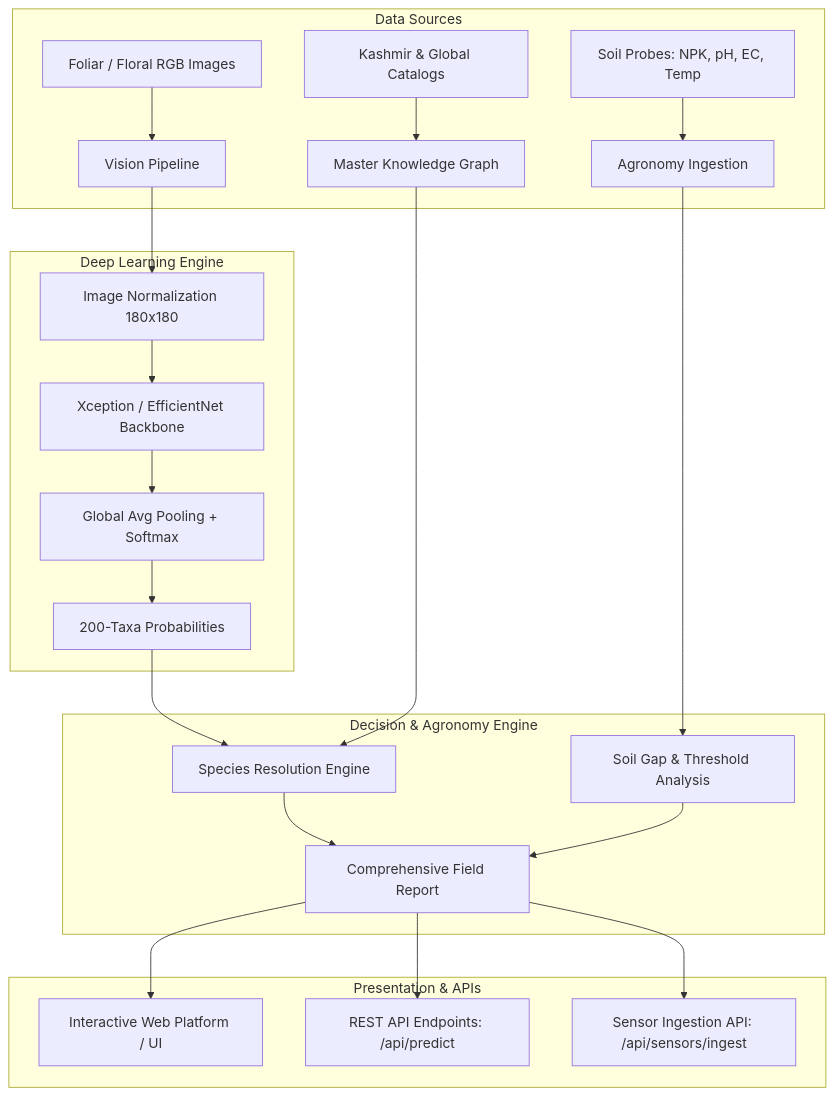
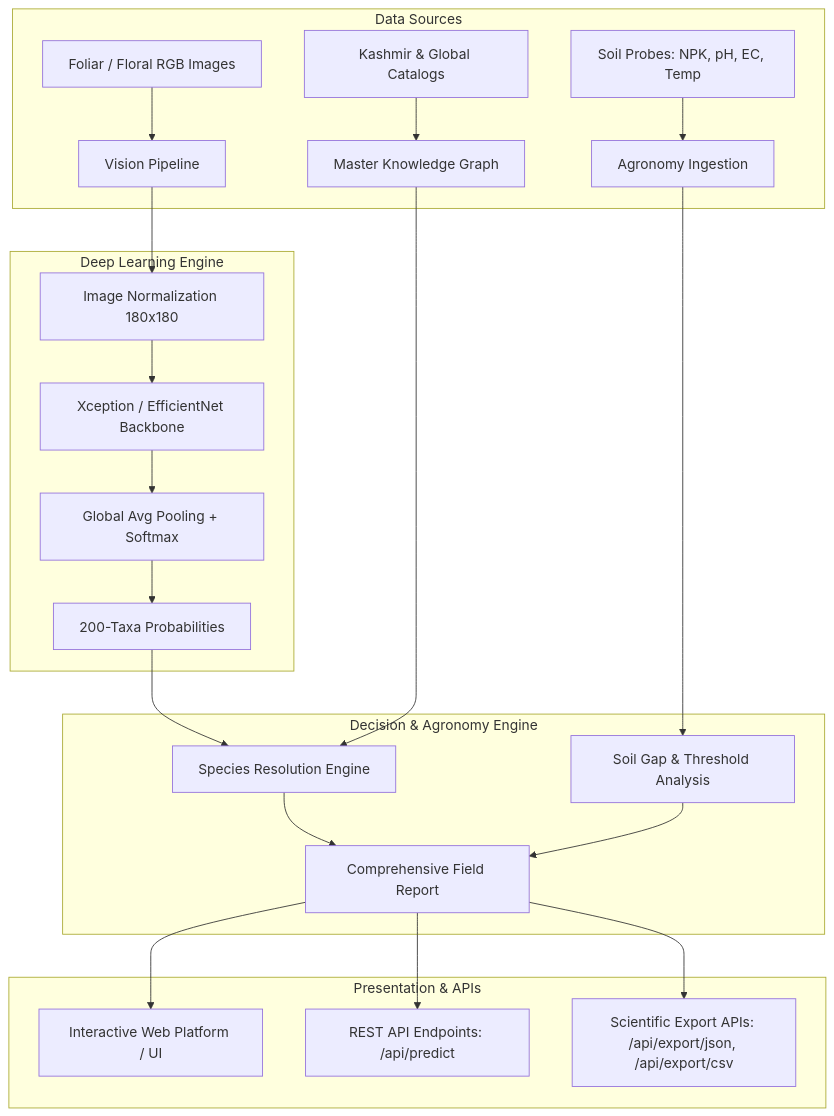
The diagram in docs/architecture.md (darrehanrasool/Herbalist), drawn with Mermaid before and after one commit. The commit also changed 36 other files, not shown here.

````diff
--- a/docs/architecture.md
+++ b/docs/architecture.md
@@ -7,29 +7,29 @@
 ```mermaid
 flowchart TD
     subgraph Data Sources
         A1[Foliar / Floral RGB Images] --> B1[Vision Pipeline]
         A2[Soil Probes: NPK, pH, EC, Temp] --> B2[Agronomy Ingestion]
         A3[Kashmir & Global Catalogs] --> B3[Master Knowledge Graph]
     end
 
     subgraph Deep Learning Engine
         B1 --> C1[Image Normalization 180x180]
         C1 --> C2[Xception / EfficientNet Backbone]
         C2 --> C3[Global Avg Pooling + Softmax]
         C3 --> C4[200-Taxa Probabilities]
     end
 
     subgraph Decision & Agronomy Engine
         C4 --> D1[Species Resolution Engine]
         B3 --> D1
         B2 --> D2[Soil Gap & Threshold Analysis]
         D1 --> D3[Comprehensive Field Report]
         D2 --> D3
     end
 
     subgraph Presentation & APIs
         D3 --> E1[Interactive Web Platform / UI]
         D3 --> E2[REST API Endpoints: /api/predict]
-        D3 --> E3[Sensor Ingestion API: /api/sensors/ingest]
+        D3 --> E3[Scientific Export APIs: /api/export/json, /api/export/csv]
     end
 ```
````
